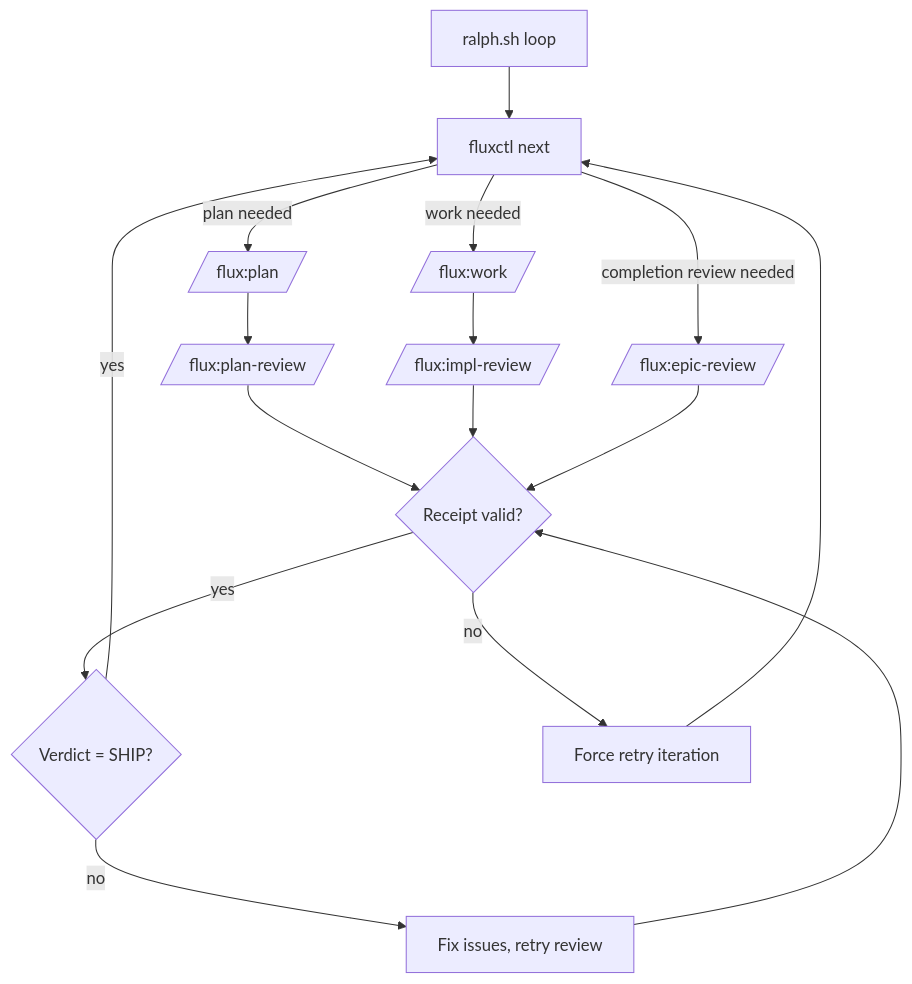
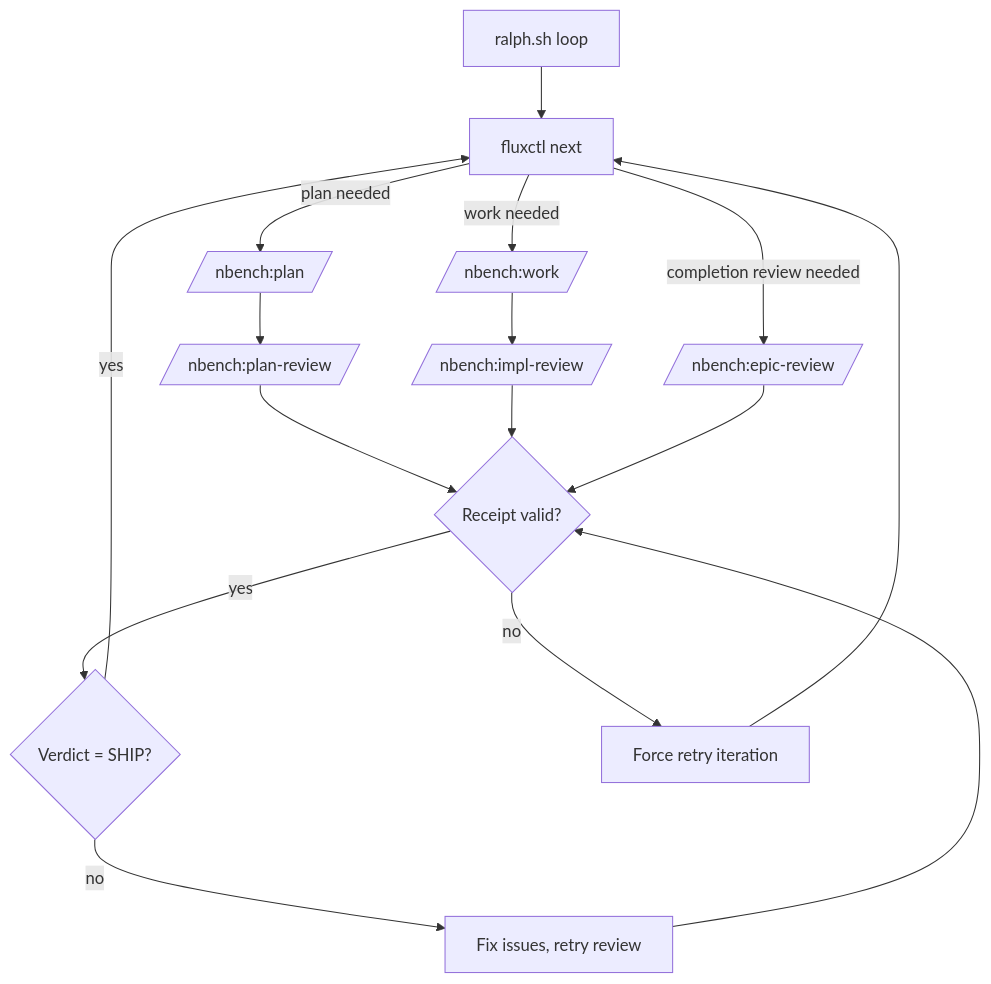
Before and after one commit to Nairon-AI/flux: the diagram in docs/ralph.md, drawn with Mermaid. The commit also changed other lines of this file and 125 other files, not shown here.

````diff
--- a/docs/ralph.md
+++ b/docs/ralph.md
@@ -129,18 +129,18 @@
 ```mermaid
 flowchart TD
   A[ralph.sh loop] --> B[fluxctl next]
-  B -->|plan needed| C[/flux:plan/]
-  C --> D[/flux:plan-review/]
-  B -->|work needed| E[/flux:work/]
-  E --> F[/flux:impl-review/]
-  B -->|completion review needed| K[/flux:epic-review/]
+  B -->|plan needed| C[/nbench:plan/]
+  C --> D[/nbench:plan-review/]
+  B -->|work needed| E[/nbench:work/]
+  E --> F[/nbench:impl-review/]
+  B -->|completion review needed| K[/nbench:epic-review/]
   D --> G{Receipt valid?}
   F --> G
   K --> G
   G -- yes --> H{Verdict = SHIP?}
   H -- yes --> B
   H -- no --> I[Fix issues, retry review]
   I --> G
   G -- no --> J[Force retry iteration]
   J --> B
 ```
````
